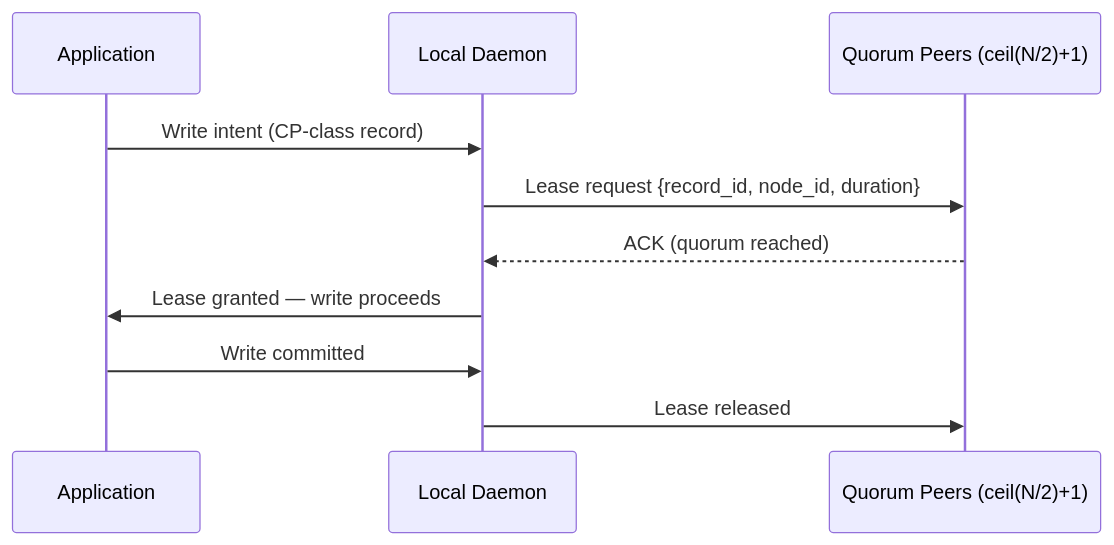
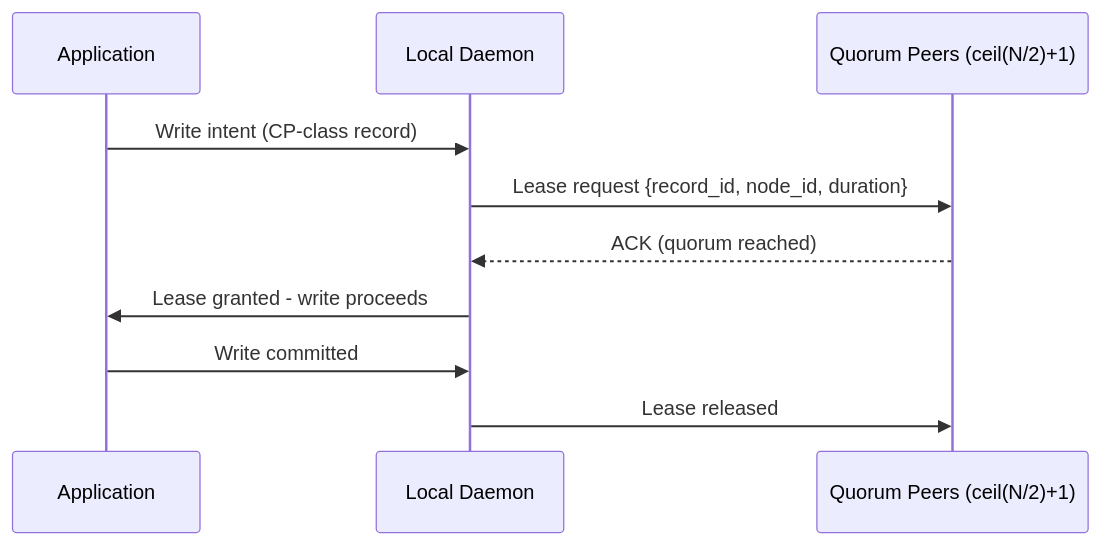
Before and after one commit to Harborline-Software/the-inverted-stack: the fifth of 6 diagrams in vol-1/part-3-reference-architecture/ch14-sync-daemon-protocol.md, drawn with Mermaid. The commit also changed other lines of this file and 376 other files, not shown here.

````diff
--- a/vol-1/part-3-reference-architecture/ch14-sync-daemon-protocol.md
+++ b/vol-1/part-3-reference-architecture/ch14-sync-daemon-protocol.md
@@ -179,13 +179,13 @@
 ```mermaid
 sequenceDiagram
     participant App as Application
     participant D as Local Daemon
     participant Q as Quorum Peers (ceil(N/2)+1)
 
     App->>D: Write intent (CP-class record)
     D->>Q: Lease request {record_id, node_id, duration}
     Q-->>D: ACK (quorum reached)
-    D->>App: Lease granted — write proceeds
+    D->>App: Lease granted - write proceeds
     App->>D: Write committed
     D->>Q: Lease released
 ```
````
